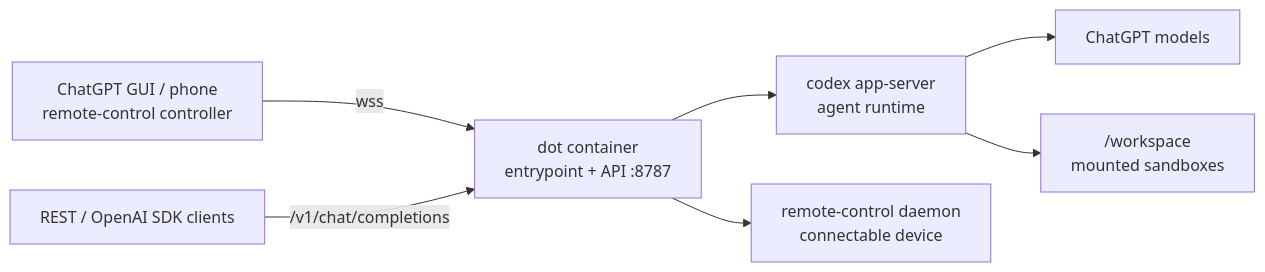
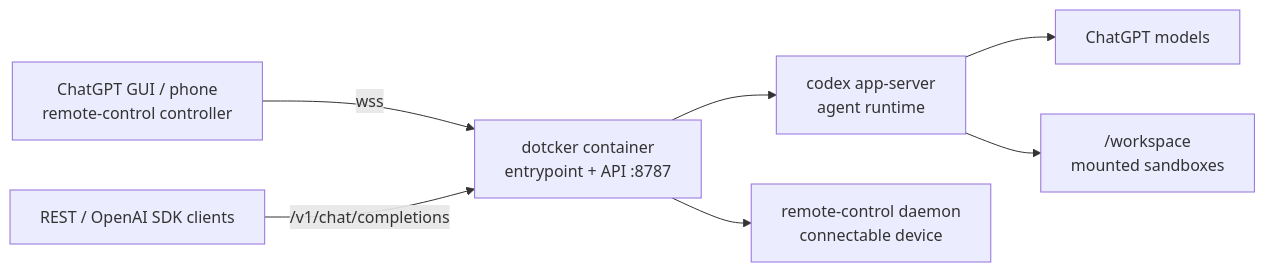
One commit to EricVogt93/dot changed the diagram in README.md. Above: the diagram before and after it, drawn with Mermaid. The commit also changed other lines of this file and 6 other files, not shown here.

````diff
--- a/README.md
+++ b/README.md
@@ -36,9 +39,9 @@
 ```mermaid
 flowchart LR
   GUI["ChatGPT GUI / phone<br/>remote-control controller"] -->|"wss"| DOT
   API["REST / OpenAI SDK clients"] -->|"/v1/chat/completions"| DOT
-  DOT["dot container<br/>entrypoint + API :8787"] --> APP["codex app-server<br/>agent runtime"]
+  DOT["dotcker container<br/>entrypoint + API :8787"] --> APP["codex app-server<br/>agent runtime"]
   APP --> MODEL["ChatGPT models"]
   APP --> WS["/workspace<br/>mounted sandboxes"]
   DOT --> DAEMON["remote-control daemon<br/>connectable device"]
 ```
````
